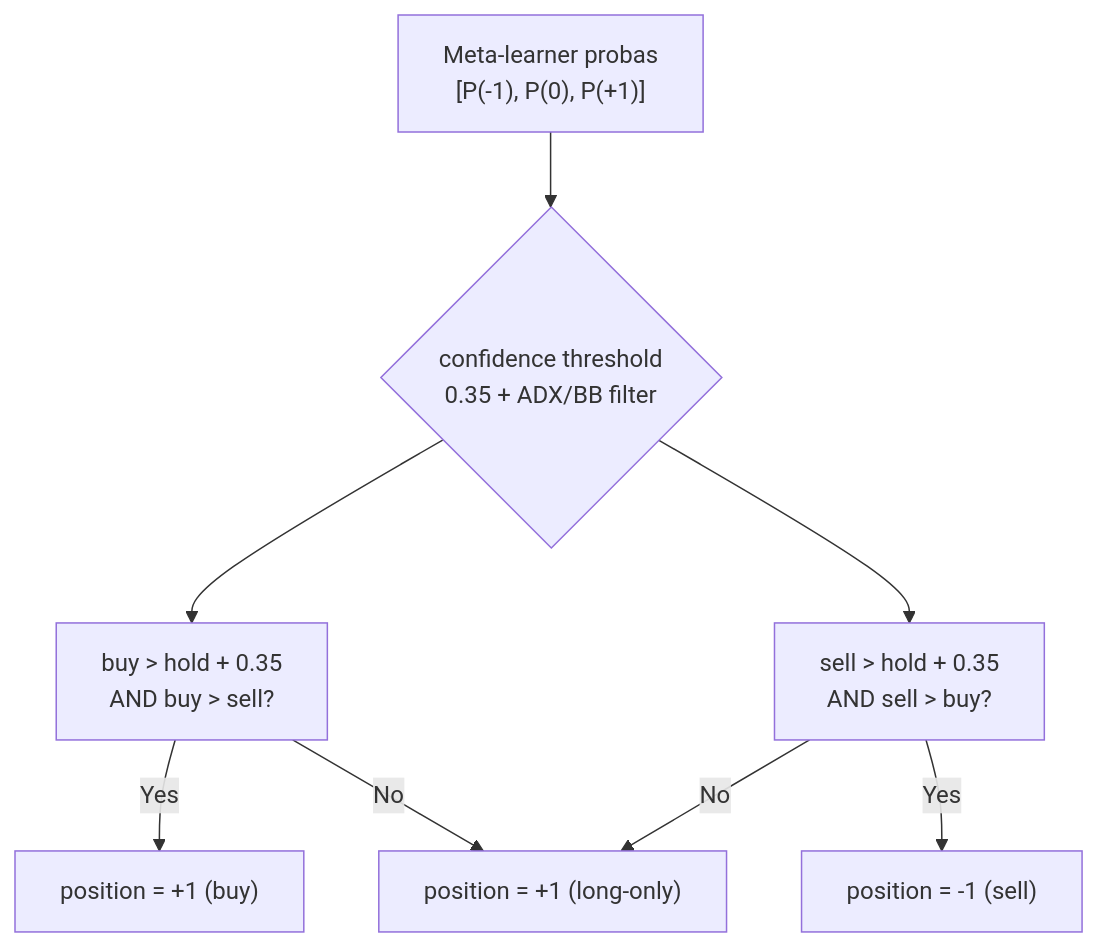
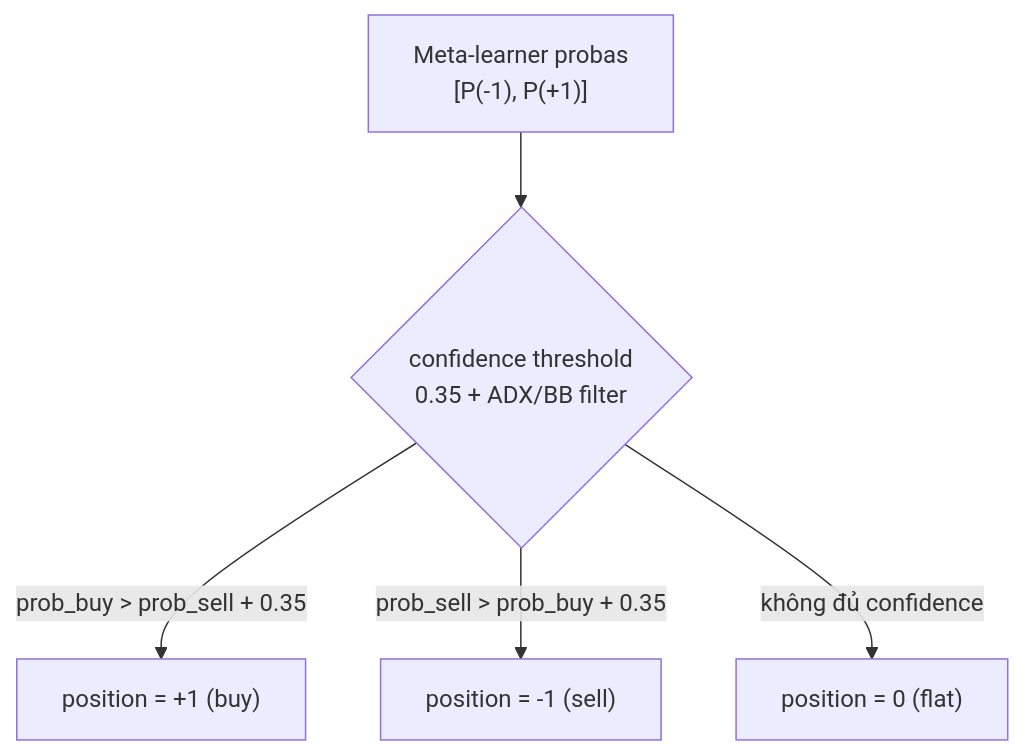
The second of 4 diagrams in docs/backtest-evaluation.md (ultimateBroK/thesis-compact), drawn with Mermaid before and after one commit. The commit also changed other lines of this file and 32 other files, not shown here.

````diff
--- a/docs/backtest-evaluation.md
+++ b/docs/backtest-evaluation.md
@@ -34,10 +34,8 @@
 ```mermaid
 flowchart TD
-    A["Meta-learner probas<br/>[P(-1), P(0), P(+1)]"] --> B{confidence threshold<br/>0.35 + ADX/BB filter}
-    B --> C["buy > hold + 0.35 <br/>AND buy > sell?"]
-    B --> D["sell > hold + 0.35 <br/>AND sell > buy?"]
-    C -->|"Yes"| E["position = +1 (buy)"]
-    D -->|"Yes"| F["position = -1 (sell)"]
-    C -->|"No"| G["position = +1 (long-only)"]
-    D -->|"No"| G
+    A["Meta-learner probas<br/>[P(-1), P(+1)]"] --> B{confidence threshold<br/>0.35 + ADX/BB filter}
+    B -->|"prob_buy > prob_sell + 0.35"| C["position = +1 (buy)"]
+    B -->|"prob_sell > prob_buy + 0.35"| D["position = -1 (sell)"]
+    B -->|"không đủ confidence"| E["position = 0 (flat)"]
+
 ```
````
